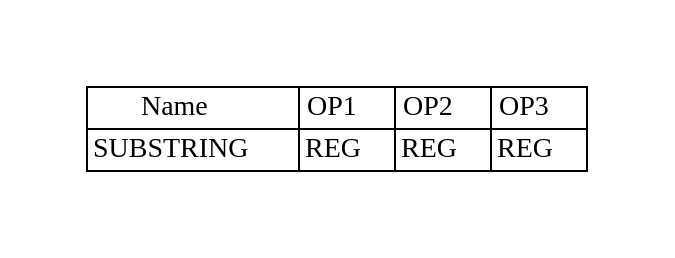
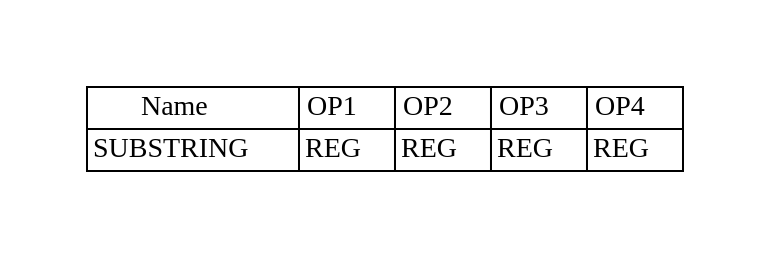
Before and after one commit to adesutherland/CREXX: the diagram in docs/books/crexx_vm_spec/svg/substring.gv, drawn with Graphviz. The commit also changed 177 other files, not shown here.

```diff
--- a/docs/books/crexx_vm_spec/svg/substring.gv
+++ b/docs/books/crexx_vm_spec/svg/substring.gv
@@ -1,9 +1,9 @@
 digraph{
 graph [pad="0.5", nodesep="0.5", ranksep="2" ]
 node [shape=plain]
 Foo [label=<
 <table border="0" cellborder="1" cellspacing="0">
-<tr><td> Name </td> <td> OP1 </td><td> OP2 </td><td> OP3 </td> </tr>
-<tr><td> SUBSTRING </td><td> REG </td><td> REG </td><td> REG </td> </tr>
+<tr><td> Name </td> <td> OP1 </td><td> OP2 </td><td> OP3 </td><td> OP4 </td> </tr>
+<tr><td> SUBSTRING </td><td> REG </td><td> REG </td><td> REG </td><td> REG </td> </tr>
 </table>>];
 }
```
